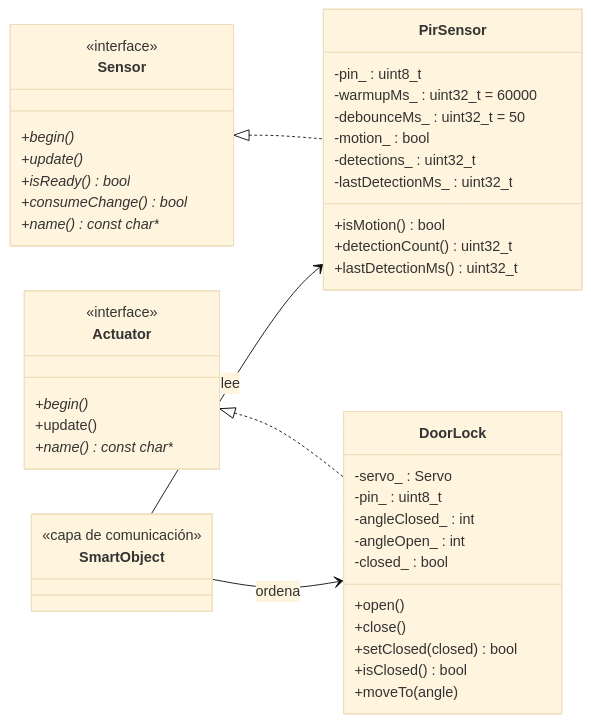
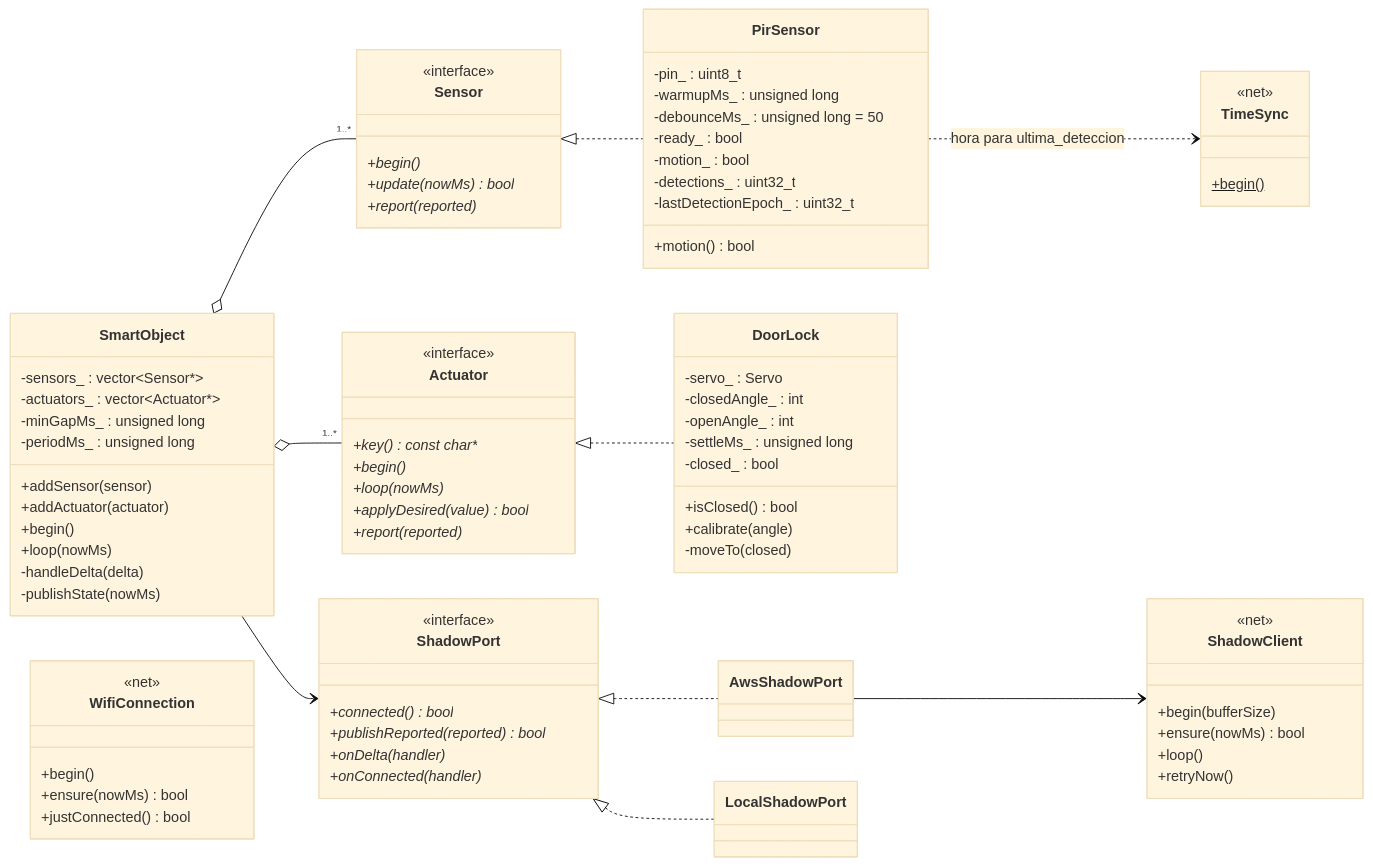
Before and after one commit to Alous12/Practica_3_IOT: the diagram in docs/Informe_Ruben.md, drawn with Mermaid (base theme). The commit also changed other lines of this file and 20 other files, not shown here.

````diff
--- a/docs/Informe_Ruben.md
+++ b/docs/Informe_Ruben.md
@@ -117,46 +136,84 @@
     class Sensor {
         <<interface>>
         +begin()*
-        +update()*
-        +isReady()* bool
-        +consumeChange()* bool
-        +name()* const char*
+        +update(nowMs)* bool
+        +report(reported)*
     }
     class Actuator {
         <<interface>>
+        +key()* const char*
         +begin()*
-        +update()
-        +name()* const char*
+        +loop(nowMs)*
+        +applyDesired(value)* bool
+        +report(reported)*
     }
+    class ShadowPort {
+        <<interface>>
+        +connected()* bool
+        +publishReported(reported)* bool
+        +onDelta(handler)*
+        +onConnected(handler)*
+    }
+
     class PirSensor {
         -pin_ : uint8_t
-        -warmupMs_ : uint32_t = 60000
-        -debounceMs_ : uint32_t = 50
+        -warmupMs_ : unsigned long
+        -debounceMs_ : unsigned long = 50
+        -ready_ : bool
         -motion_ : bool
         -detections_ : uint32_t
-        -lastDetectionMs_ : uint32_t
-        +isMotion() bool
-        +detectionCount() uint32_t
-        +lastDetectionMs() uint32_t
+        -lastDetectionEpoch_ : uint32_t
+        +motion() bool
     }
     class DoorLock {
         -servo_ : Servo
-        -pin_ : uint8_t
-        -angleClosed_ : int
-        -angleOpen_ : int
+        -closedAngle_ : int
+        -openAngle_ : int
+        -settleMs_ : unsigned long
         -closed_ : bool
-        +open()
-        +close()
-        +setClosed(closed) bool
         +isClosed() bool
-        +moveTo(angle)
+        +calibrate(angle)
+        -moveTo(closed)
     }
     class SmartObject {
-        <<capa de comunicación>>
+        -sensors_ : vector~Sensor*~
+        -actuators_ : vector~Actuator*~
+        -minGapMs_ : unsigned long
+        -periodMs_ : unsigned long
+        +addSensor(sensor)
+        +addActuator(actuator)
+        +begin()
+        +loop(nowMs)
+        -handleDelta(delta)
+        -publishState(nowMs)
+    }
+    class AwsShadowPort
+    class LocalShadowPort
+    class ShadowClient {
+        <<net>>
+        +begin(bufferSize)
+        +ensure(nowMs) bool
+        +loop()
+        +retryNow()
+    }
+    class WifiConnection {
+        <<net>>
+        +begin()
+        +ensure(nowMs) bool
+        +justConnected() bool
+    }
+    class TimeSync {
+        <<net>>
+        +begin()$
     }
 
     Sensor <|.. PirSensor
     Actuator <|.. DoorLock
-    SmartObject --> PirSensor : lee
-    SmartObject --> DoorLock : ordena
+    ShadowPort <|.. AwsShadowPort
+    ShadowPort <|.. LocalShadowPort
+    SmartObject o-- "1..*" Sensor
+    SmartObject o-- "1..*" Actuator
+    SmartObject --> ShadowPort
+    AwsShadowPort --> ShadowClient
+    PirSensor ..> TimeSync : hora para ultima_deteccion
 ```
````
